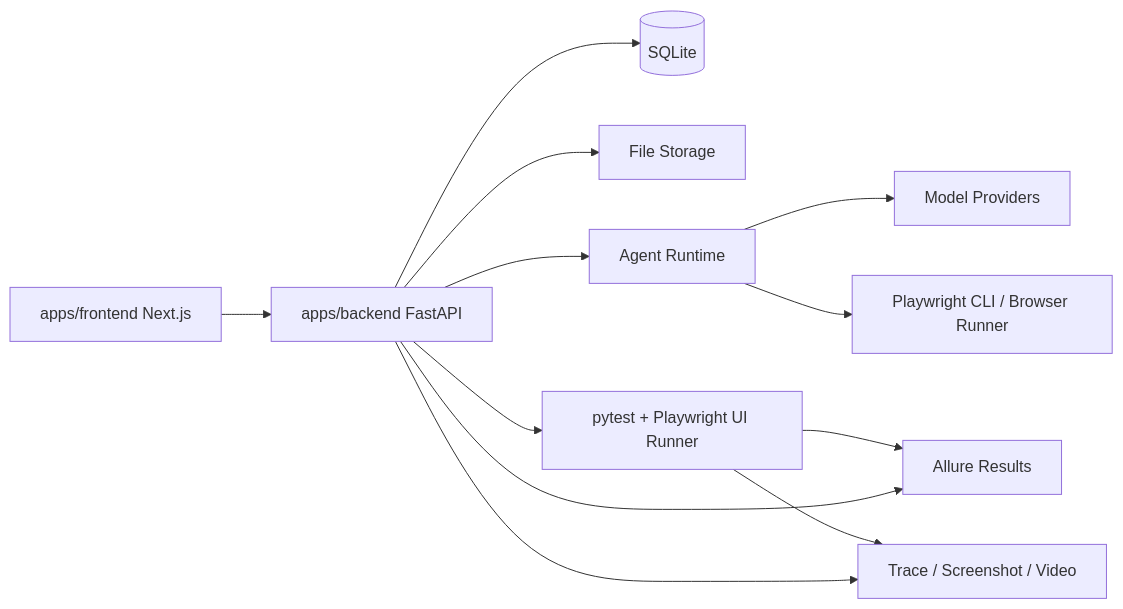
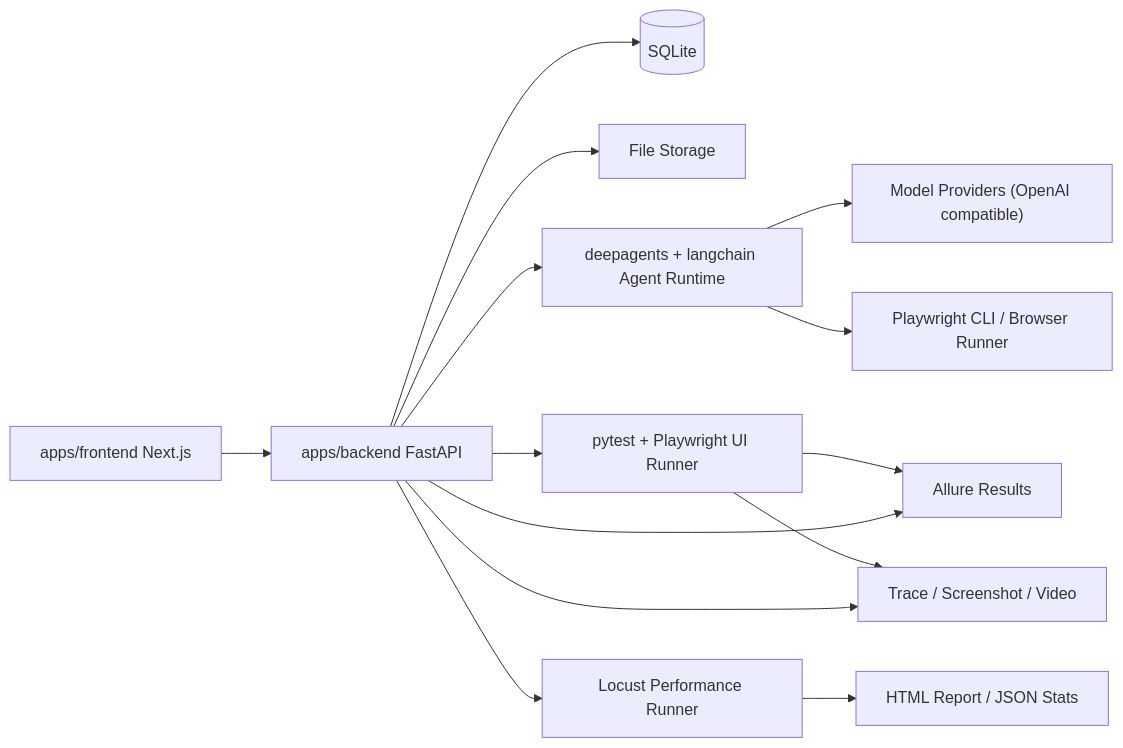
One commit to Elixir-Wang/aitest changed the second of 2 diagrams in docs/00-产品文档/00-01-AI测试系统-PRD.md. Above: the diagram before and after it, drawn with Mermaid. The commit also changed other lines of this file and 117 other files, not shown here.

````diff
--- a/docs/00-产品文档/00-01-AI测试系统-PRD.md
+++ b/docs/00-产品文档/00-01-AI测试系统-PRD.md
@@ -1014,14 +561,16 @@
 ```mermaid
 flowchart LR
     FE["apps/frontend Next.js"] --> API["apps/backend FastAPI"]
     API --> DB[("SQLite")]
     API --> FS["File Storage"]
-    API --> Agent["Agent Runtime"]
-    Agent --> LLM["Model Providers"]
+    API --> Agent["deepagents + langchain Agent Runtime"]
+    Agent --> LLM["Model Providers (OpenAI compatible)"]
     Agent --> PW["Playwright CLI / Browser Runner"]
-    API --> Runner["pytest + Playwright UI Runner"]
-    Runner --> Allure["Allure Results"]
-    Runner --> Artifacts["Trace / Screenshot / Video"]
+    API --> UIRunner["pytest + Playwright UI Runner"]
+    UIRunner --> Allure["Allure Results"]
+    UIRunner --> Artifacts["Trace / Screenshot / Video"]
+    API --> Locust["Locust Performance Runner"]
+    Locust --> PerfArtifacts["HTML Report / JSON Stats"]
     API --> Allure
     API --> Artifacts
 ```
````
